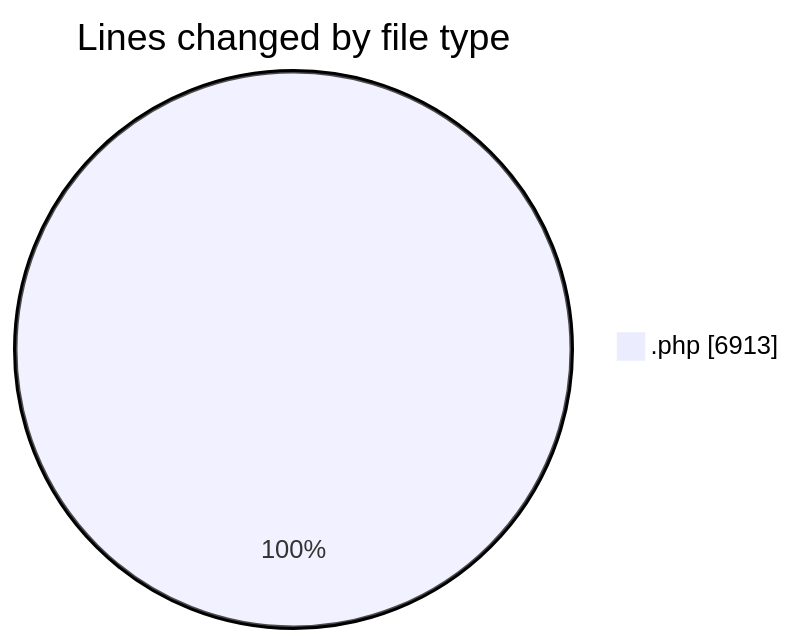
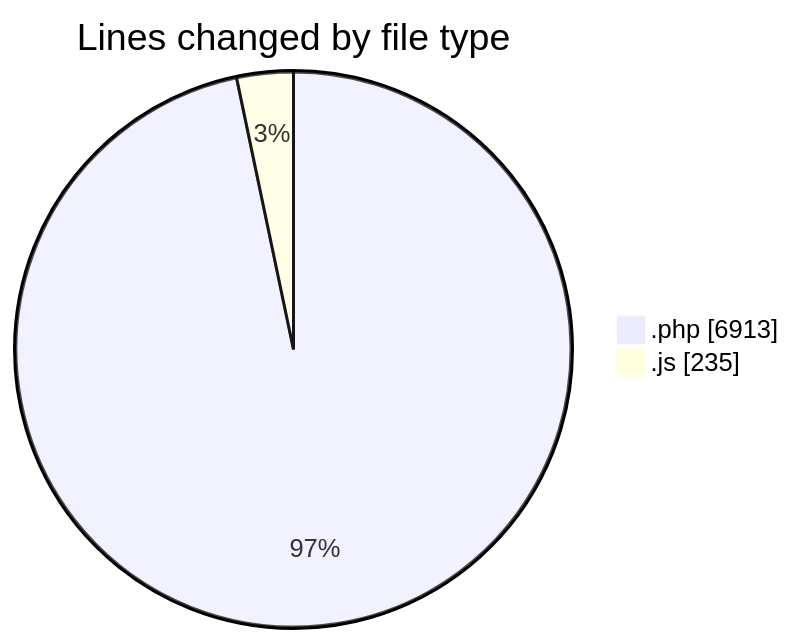
One commit to debugP/code-tracking changed the first of 2 diagrams in 2025-10-03/untitled__workspace_/README.md. Above: the diagram before and after it, drawn with Mermaid. The commit also changed other lines of this file and 1 other file, not shown here.

````diff
--- a/2025-10-03/untitled__workspace_/README.md
+++ b/2025-10-03/untitled__workspace_/README.md
@@ -23,5 +24,6 @@
 ```mermaid
 pie showData
 title Lines changed by file type
 ".php" : 6913
+".js" : 235
 ```
````
